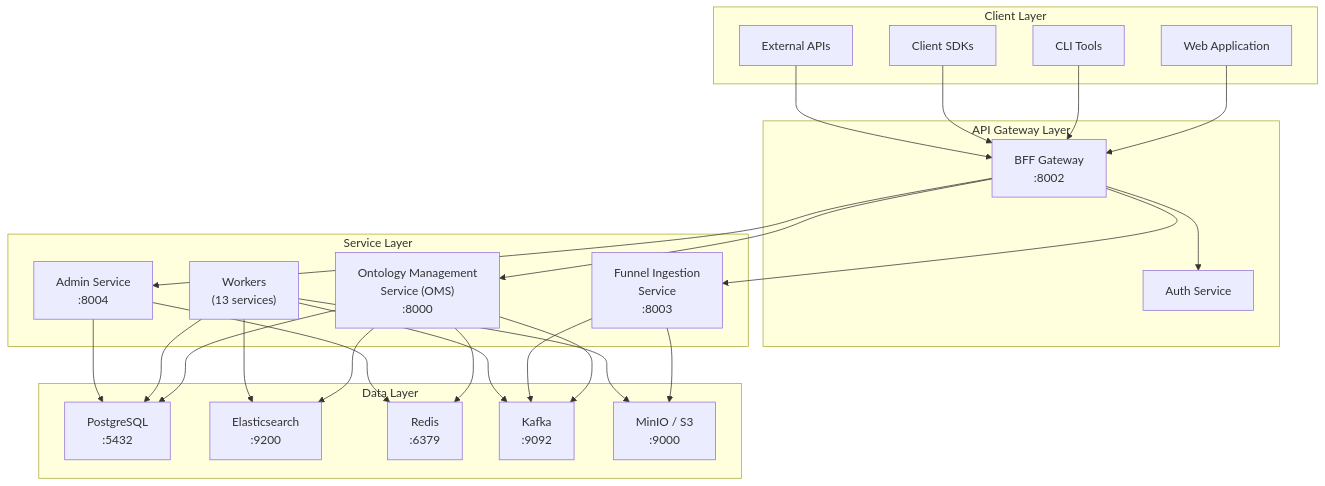
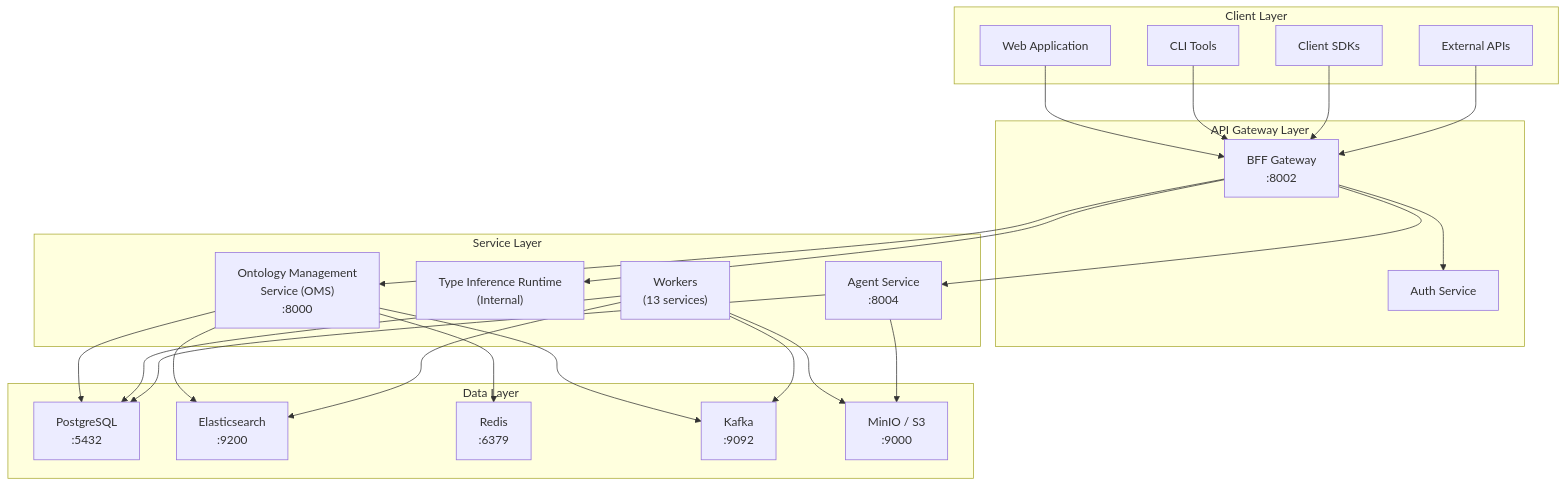
Before and after one commit to ludia8888/SPICE-Harvester: the diagram in docs-portal/docs/architecture/overview.mdx, drawn with Mermaid. The commit also changed other lines of this file and 109 other files, not shown here.

````diff
--- a/docs-portal/docs/architecture/overview.mdx
+++ b/docs-portal/docs/architecture/overview.mdx
@@ -14,55 +14,52 @@
 ```mermaid
 graph TB
     subgraph Client["Client Layer"]
         WebApp["Web Application"]
         CLI["CLI Tools"]
         SDK["Client SDKs"]
         ExtAPI["External APIs"]
     end
 
     subgraph Gateway["API Gateway Layer"]
         BFF["BFF Gateway<br/>:8002"]
         Auth["Auth Service"]
     end
 
     subgraph Services["Service Layer"]
         OMS["Ontology Management<br/>Service (OMS)<br/>:8000"]
-        Funnel["Funnel Ingestion<br/>Service<br/>:8003"]
-        Admin["Admin Service<br/>:8004"]
+        Funnel["Type Inference Runtime<br/>(Internal)"]
+        Agent["Agent Service<br/>:8004"]
         Workers["Workers<br/>(13 services)"]
     end
 
     subgraph Data["Data Layer"]
         PG["PostgreSQL<br/>:5432"]
         ES["Elasticsearch<br/>:9200"]
         Redis["Redis<br/>:6379"]
         Kafka["Kafka<br/>:9092"]
         MinIO["MinIO / S3<br/>:9000"]
     end
 
     WebApp --> BFF
     CLI --> BFF
     SDK --> BFF
     ExtAPI --> BFF
 
     BFF --> Auth
     BFF --> OMS
     BFF --> Funnel
-    BFF --> Admin
+    BFF --> Agent
 
     OMS --> PG
     OMS --> ES
     OMS --> Redis
     OMS --> Kafka
 
-    Funnel --> Kafka
-    Funnel --> MinIO
-
     Workers --> Kafka
     Workers --> PG
     Workers --> ES
     Workers --> MinIO
 
-    Admin --> PG
-    Admin --> Redis
+    Agent --> PG
+    Agent --> MinIO
 ```
````
